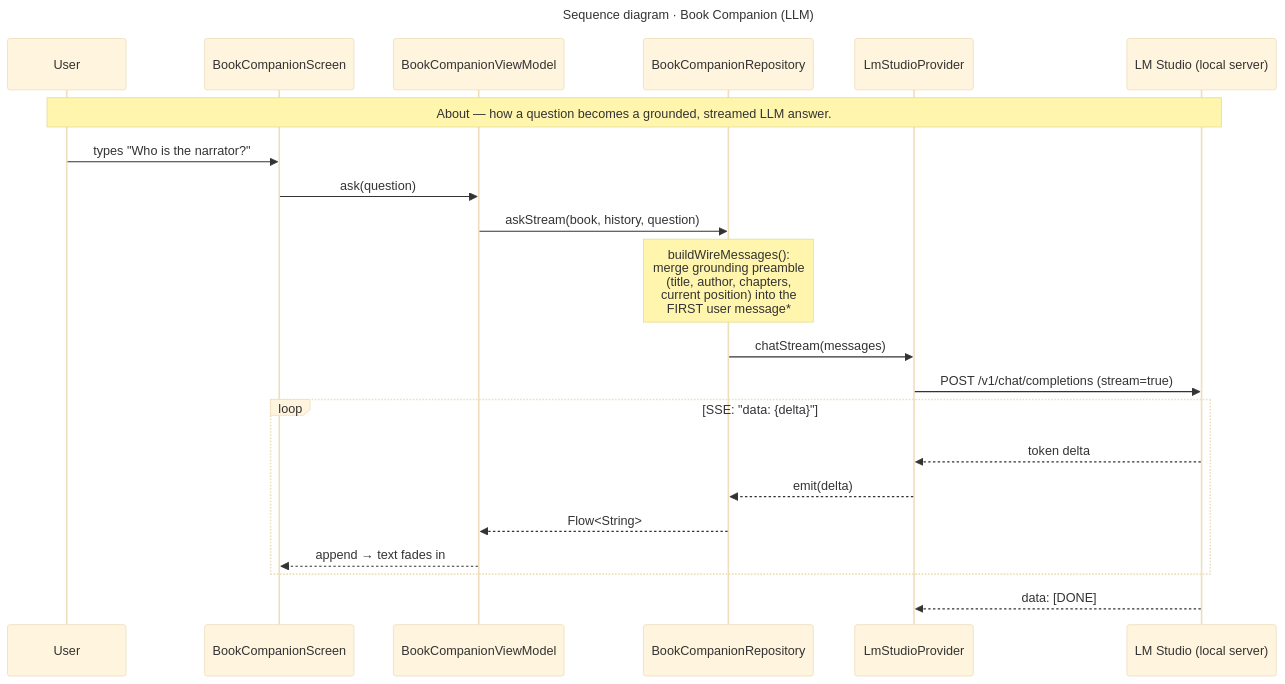
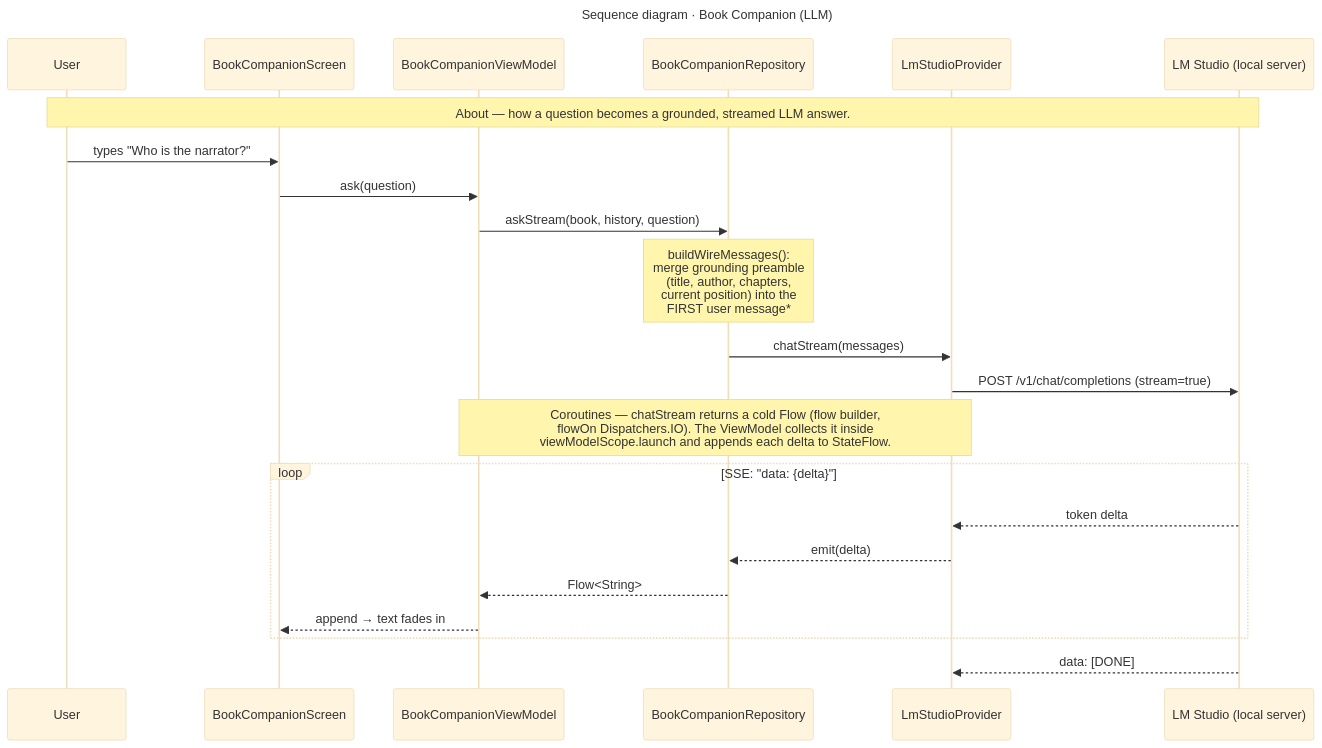
Before and after one commit to DICEsda/Mobile-Application-Development-COURSE: the fifth of 9 diagrams in Final Submission Project/ARCHITECTURE.md, drawn with Mermaid (base theme). The commit also changed other lines of this file and 4 other files, not shown here.

First line of the commit message:
docs: highlight coroutine usage with note boxes on key diagrams

````diff
--- a/Final Submission Project/ARCHITECTURE.md
+++ b/Final Submission Project/ARCHITECTURE.md
@@ -241,27 +246,28 @@
 ```mermaid
 ---
 title: "Sequence diagram · Book Companion (LLM)"
 ---
 sequenceDiagram
     participant U as User
     participant CS as BookCompanionScreen
     participant VM as BookCompanionViewModel
     participant Repo as BookCompanionRepository
     participant Prov as LmStudioProvider
     participant LM as LM Studio (local server)
 
     note over U,LM: About — how a question becomes a grounded, streamed LLM answer.
     U->>CS: types "Who is the narrator?"
     CS->>VM: ask(question)
     VM->>Repo: askStream(book, history, question)
     Note over Repo: buildWireMessages():<br/>merge grounding preamble<br/>(title, author, chapters,<br/>current position) into the<br/>FIRST user message*
     Repo->>Prov: chatStream(messages)
     Prov->>LM: POST /v1/chat/completions (stream=true)
+    note over VM,Prov: Coroutines — chatStream returns a cold Flow (flow builder,<br/>flowOn Dispatchers.IO). The ViewModel collects it inside<br/>viewModelScope.launch and appends each delta to StateFlow.
     loop SSE: "data: {delta}"
         LM-->>Prov: token delta
         Prov-->>Repo: emit(delta)
         Repo-->>VM: Flow<String>
         VM-->>CS: append → text fades in
     end
     LM-->>Prov: data: [DONE]
 ```
````
